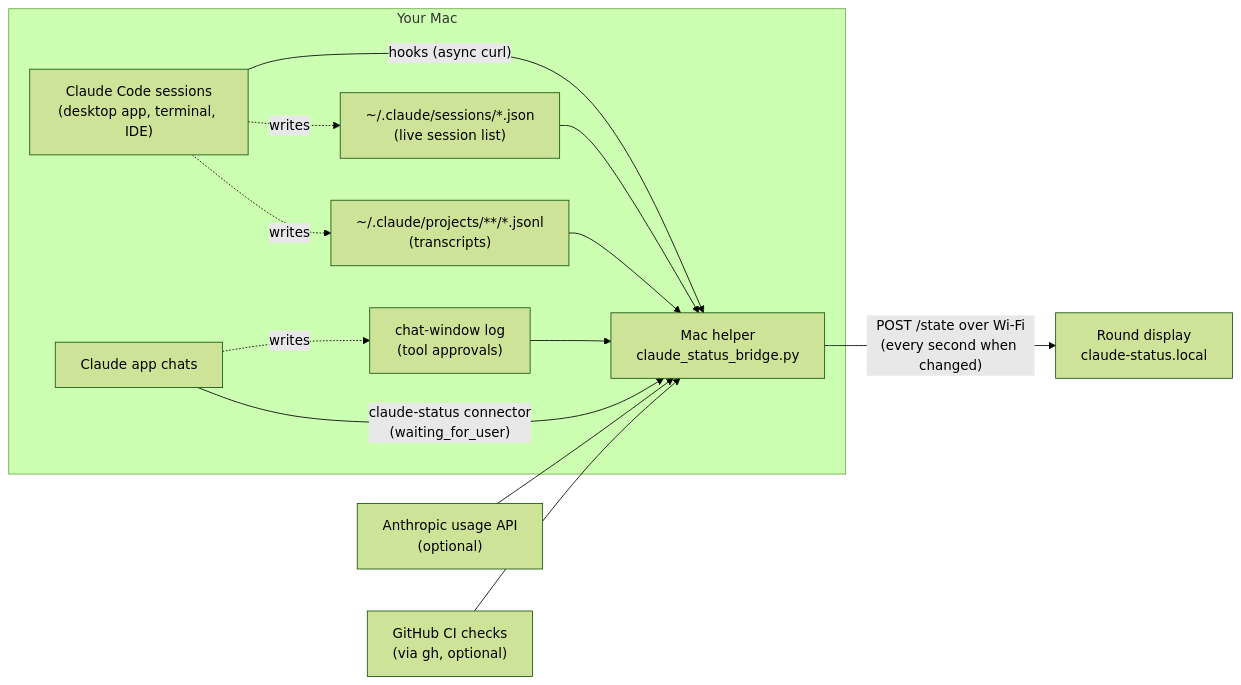
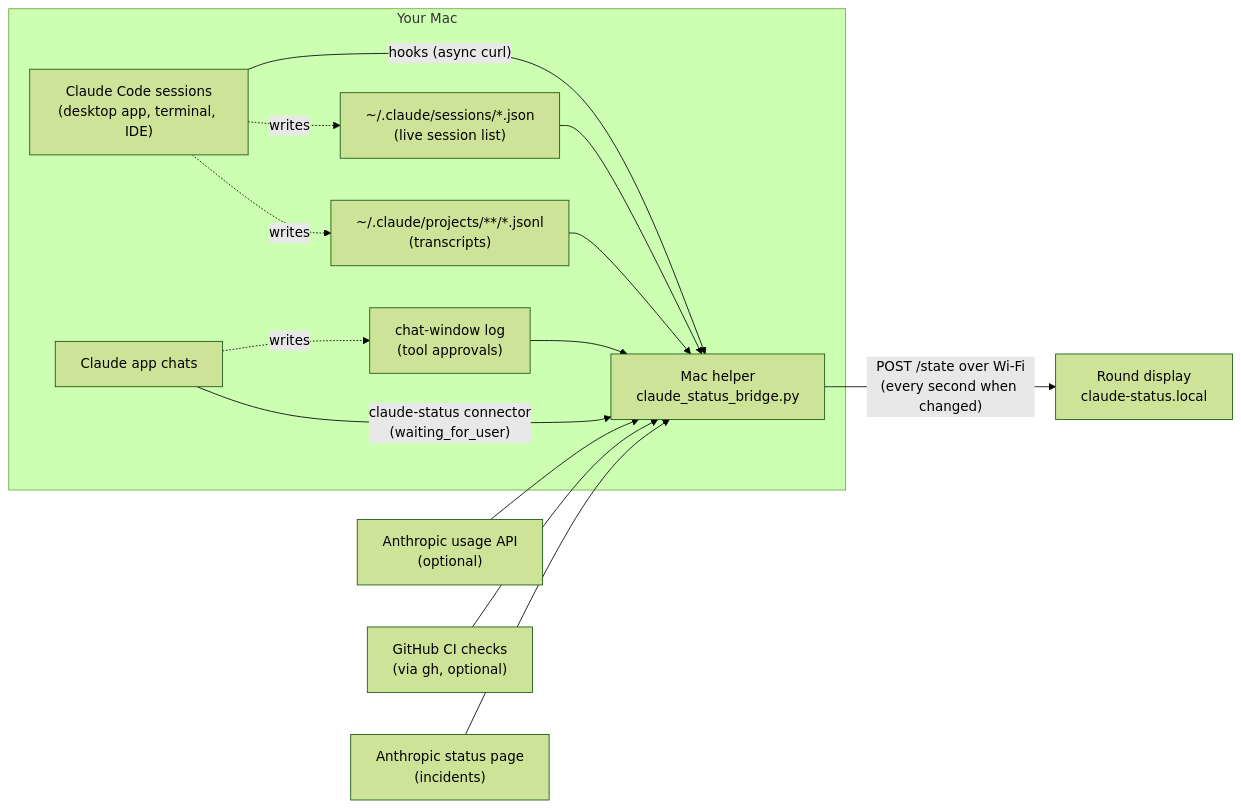
One commit to boujois/waveshare-esp32-claude-monitor changed the diagram in README.md. Above: the diagram before and after it, drawn with Mermaid (forest theme). The commit also changed other lines of this file and 2 other files, not shown here.

First line of the commit message:
Show Anthropic incidents on the display instead of plan usage

````diff
--- a/README.md
+++ b/README.md
@@ -86,22 +87,23 @@
 ```mermaid
 flowchart LR
     subgraph Mac["Your Mac"]
         CC["Claude Code sessions<br/>(desktop app, terminal, IDE)"]
         S["~/.claude/sessions/*.json<br/>(live session list)"]
         T["~/.claude/projects/**/*.jsonl<br/>(transcripts)"]
         B["Mac helper<br/>claude_status_bridge.py"]
         CC -- "hooks (async curl)" --> B
         CC -.writes.-> S
         CC -.writes.-> T
         S --> B
         T --> B
         CH["Claude app chats"]
         L["chat-window log<br/>(tool approvals)"]
         CH -.writes.-> L
         L --> B
         CH -- "claude-status connector<br/>(waiting_for_user)" --> B
     end
     A["Anthropic usage API<br/>(optional)"] --> B
     G["GitHub CI checks<br/>(via gh, optional)"] --> B
+    SP["Anthropic status page<br/>(incidents)"] --> B
     B -- "POST /state over Wi-Fi<br/>(every second when changed)" --> D["Round display<br/>claude-status.local"]
 ```
````
